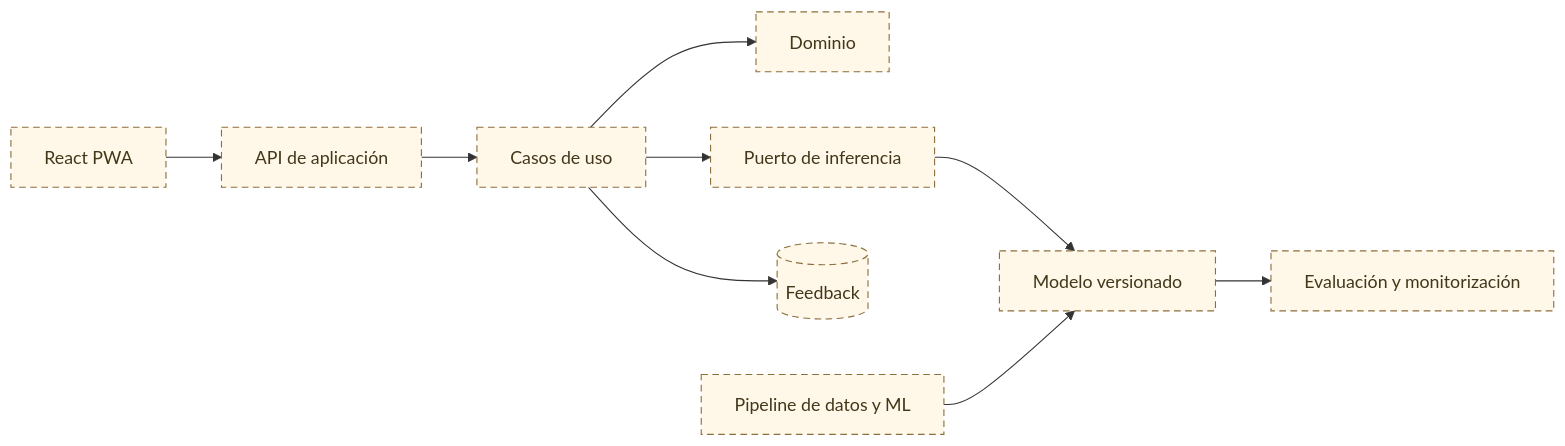
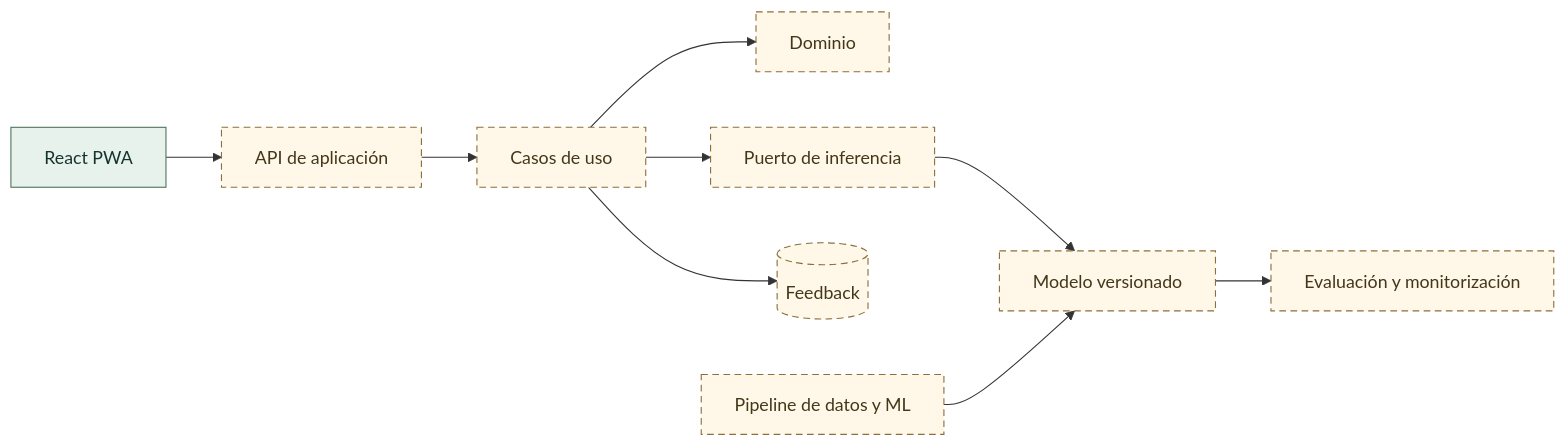
One commit to Bootcamp-IA-MAD-P7/Proyecto6-Grupo1 changed the second of 2 diagrams in README.md. Above: the diagram before and after it, drawn with Mermaid. The commit also changed other lines of this file and 7 other files, not shown here.

````diff
--- a/README.md
+++ b/README.md
@@ -149,14 +154,16 @@
 ```mermaid
 flowchart LR
     UI[React PWA] --> API[API de aplicación]
     API --> UC[Casos de uso]
     UC --> DOM[Dominio]
     UC --> INF[Puerto de inferencia]
     INF --> MODEL[Modelo versionado]
     UC --> DB[(Feedback)]
     PIPE[Pipeline de datos y ML] --> MODEL
     MODEL --> MON[Evaluación y monitorización]
 
+    classDef prototype fill:#e7f2ed,stroke:#52755b,color:#17322e
     classDef planned fill:#fff7e7,stroke:#8b6f3d,stroke-dasharray:6 4,color:#423719
-    class UI,API,UC,DOM,INF,MODEL,DB,PIPE,MON planned
+    class UI prototype
+    class API,UC,DOM,INF,MODEL,DB,PIPE,MON planned
 ```
````
